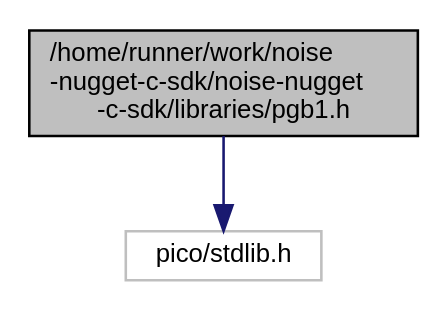
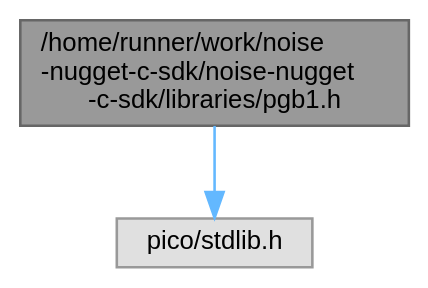
The diagram in pgb1_8h__incl.dot (wee-noise-makers/noise-nugget-c-sdk), drawn with Graphviz before and after one commit. The commit also changed 156 other files, not shown here.

```diff
--- a/pgb1_8h__incl.dot
+++ b/pgb1_8h__incl.dot
@@ -1,9 +1,10 @@
 digraph "/home/runner/work/noise-nugget-c-sdk/noise-nugget-c-sdk/libraries/pgb1.h"
 {
  // LATEX_PDF_SIZE
-  edge [fontname="Helvetica",fontsize="10",labelfontname="Helvetica",labelfontsize="10"];
-  node [fontname="Helvetica",fontsize="10",shape=record];
-  Node1 [label="/home/runner/work/noise\l-nugget-c-sdk/noise-nugget\l-c-sdk/libraries/pgb1.h",height=0.2,width=0.4,color="black", fillcolor="grey75", style="filled", fontcolor="black",tooltip="API for controlling the PGB-1 pocket audio gadget which includes functions for handling keyboard inpu..."];
-  Node1 -> Node2 [color="midnightblue",fontsize="10",style="solid",fontname="Helvetica"];
-  Node2 [label="pico/stdlib.h",height=0.2,width=0.4,color="grey75", fillcolor="white", style="filled",tooltip=" "];
+  bgcolor="transparent";
+  edge [fontname=Helvetica,fontsize=10,labelfontname=Helvetica,labelfontsize=10];
+  node [fontname=Helvetica,fontsize=10,shape=box,height=0.2,width=0.4];
+  Node1 [id="Node000001",label="/home/runner/work/noise\l-nugget-c-sdk/noise-nugget\l-c-sdk/libraries/pgb1.h",height=0.2,width=0.4,color="gray40", fillcolor="grey60", style="filled", fontcolor="black",tooltip="API for controlling the PGB-1 pocket audio gadget which includes functions for handling keyboard inpu..."];
+  Node1 -> Node2 [id="edge1_Node000001_Node000002",color="steelblue1",style="solid",tooltip=" "];
+  Node2 [id="Node000002",label="pico/stdlib.h",height=0.2,width=0.4,color="grey60", fillcolor="#E0E0E0", style="filled",tooltip=" "];
 }
```
